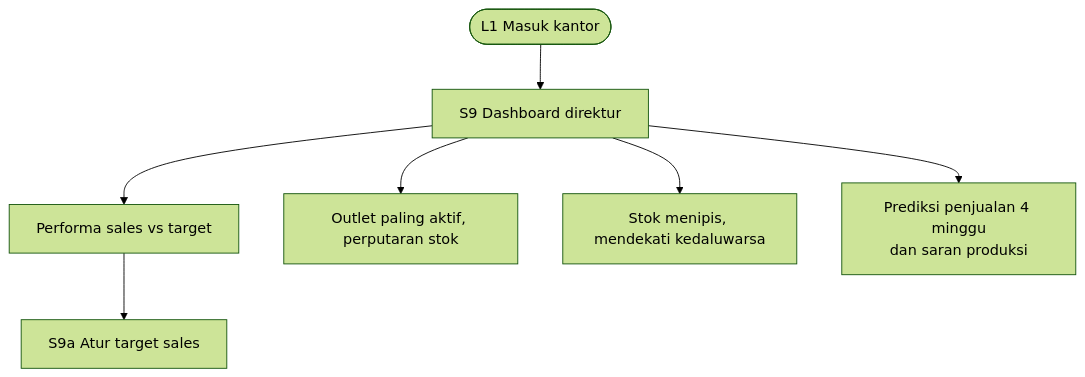
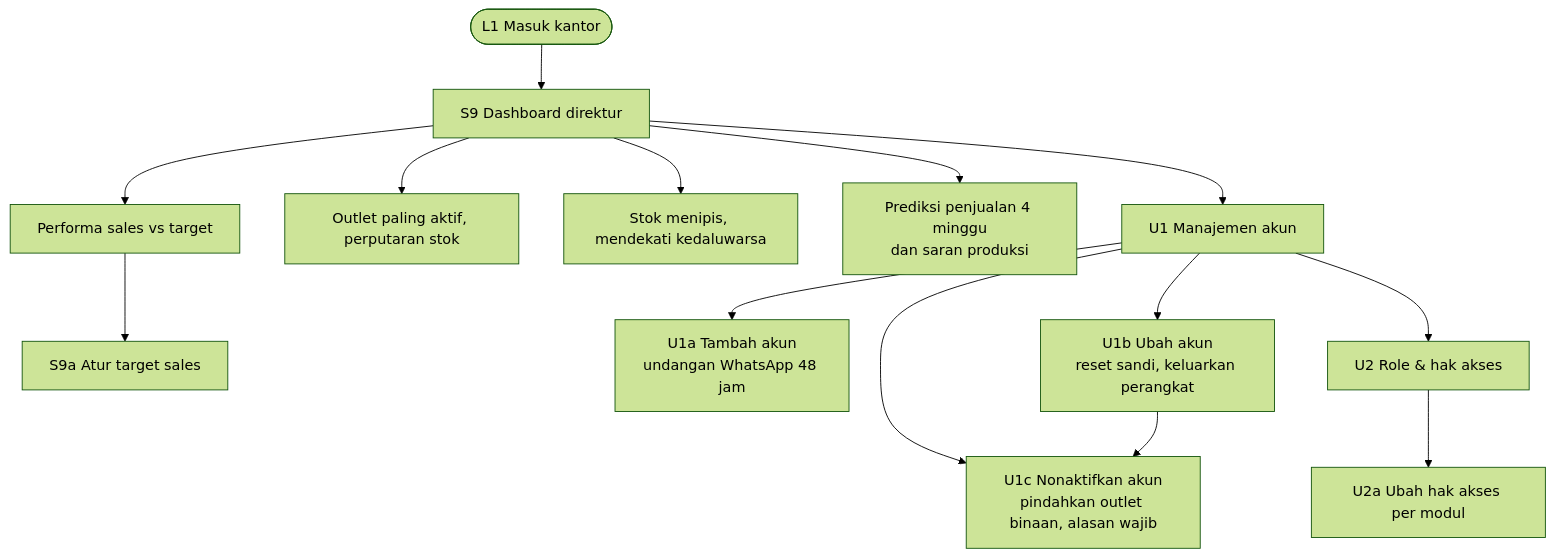
Before and after one commit to glayOne23/drpps_hackathon_2026: the fourth of 5 diagrams in proyek/arb-02/user-flow.md, drawn with Mermaid (forest theme). The commit also changed other lines of this file and 2 other files, not shown here.

Commit message:
[feature] alur ACC, kirim sebagian, pembayaran, akun dari figma 5 nov

````diff
--- a/proyek/arb-02/user-flow.md
+++ b/proyek/arb-02/user-flow.md
@@ -73,9 +100,15 @@
 ```mermaid
 flowchart TD
     A([L1 Masuk kantor]) --> B[S9 Dashboard direktur]
     B --> B1[Performa sales vs target]
     B --> B2[Outlet paling aktif, perputaran stok]
     B --> B3[Stok menipis, mendekati kedaluwarsa]
     B --> B4[Prediksi penjualan 4 minggu<br/>dan saran produksi]
     B1 --> C[S9a Atur target sales]
+    B --> U[U1 Manajemen akun]
+    U --> U1[U1a Tambah akun<br/>undangan WhatsApp 48 jam]
+    U --> U2[U1b Ubah akun<br/>reset sandi, keluarkan perangkat]
+    U --> U3[U1c Nonaktifkan akun<br/>pindahkan outlet binaan, alasan wajib]
+    U2 --> U3
+    U --> R[U2 Role & hak akses] --> R1[U2a Ubah hak akses per modul]
 ```
````
